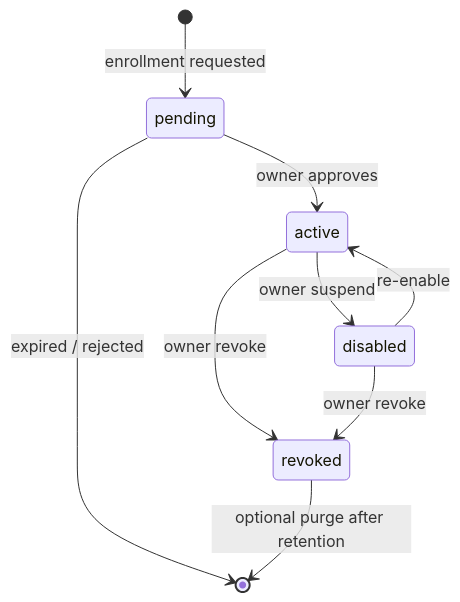
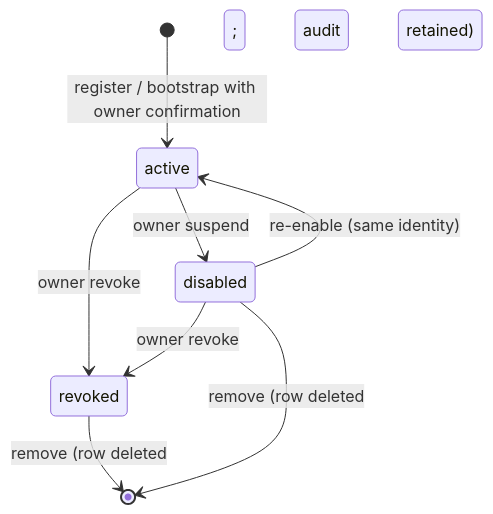
The diagram in docs/architecture/device-registry.md (owenreagan-cyber/teacher-ai-workstation), drawn with Mermaid before and after one commit. The commit also changed other lines of this file and 46 other files, not shown here.

````diff
--- a/docs/architecture/device-registry.md
+++ b/docs/architecture/device-registry.md
@@ -43,11 +54,10 @@
 ```mermaid
 stateDiagram-v2
-  [*] --> pending: enrollment requested
-  pending --> active: owner approves
-  pending --> [*]: expired / rejected
+  [*] --> active: register / bootstrap with owner confirmation
   active --> disabled: owner suspend
-  disabled --> active: re-enable
+  disabled --> active: re-enable (same identity)
   active --> revoked: owner revoke
   disabled --> revoked: owner revoke
-  revoked --> [*]: optional purge after retention
+  revoked --> [*]: remove (row deleted; audit retained)
+  disabled --> [*]: remove (row deleted; audit retained)
 ```
````
